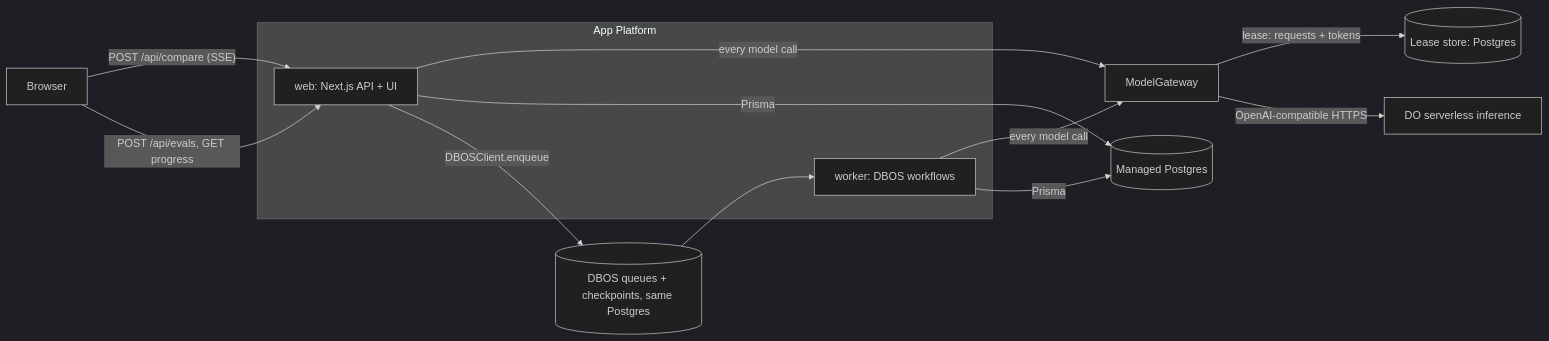
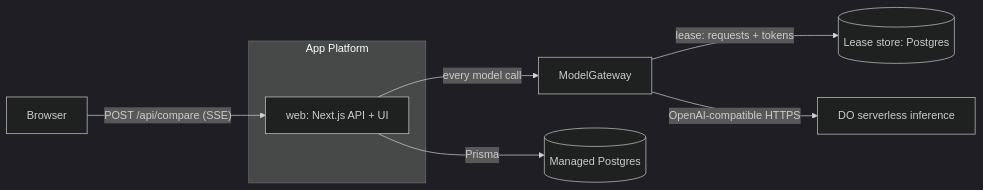
Before and after one commit to alokdidde/model-playground-poc: the first of 2 diagrams in docs/ARCHITECTURE.md, drawn with Mermaid (dark theme). The commit also changed other lines of this file and 88 other files, not shown here.

````diff
--- a/docs/ARCHITECTURE.md
+++ b/docs/ARCHITECTURE.md
@@ -42,17 +43,11 @@
 ```mermaid
 flowchart LR
   B[Browser] -- "POST /api/compare (SSE)" --> W
-  B -- "POST /api/evals, GET progress" --> W
   subgraph App Platform
     W[web: Next.js API + UI]
-    K[worker: DBOS workflows]
   end
   W -- "every model call" --> G[ModelGateway]
-  K -- "every model call" --> G
   G -- "lease: requests + tokens" --> L[(Lease store: Postgres)]
   G -- "OpenAI-compatible HTTPS" --> DO[DO serverless inference]
   W -- "Prisma" --> P[(Managed Postgres)]
-  K -- "Prisma" --> P
-  W -- "DBOSClient.enqueue" --> Q[(DBOS queues + checkpoints, same Postgres)]
-  Q --> K
 ```
````
